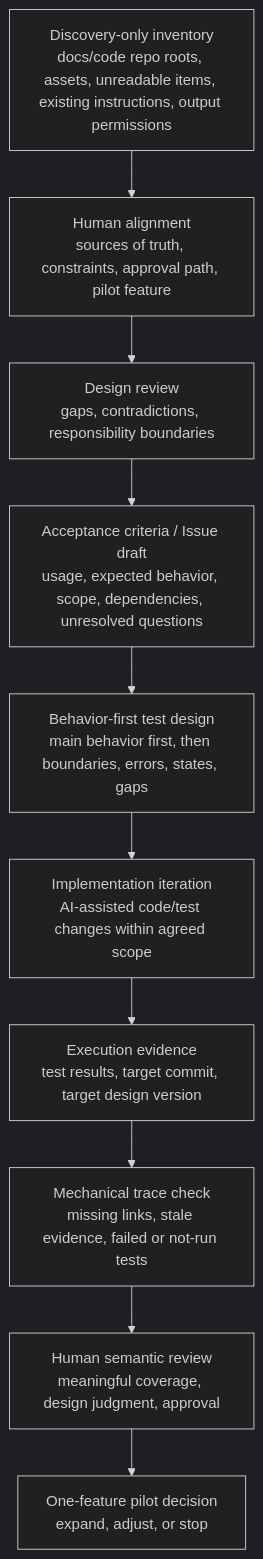
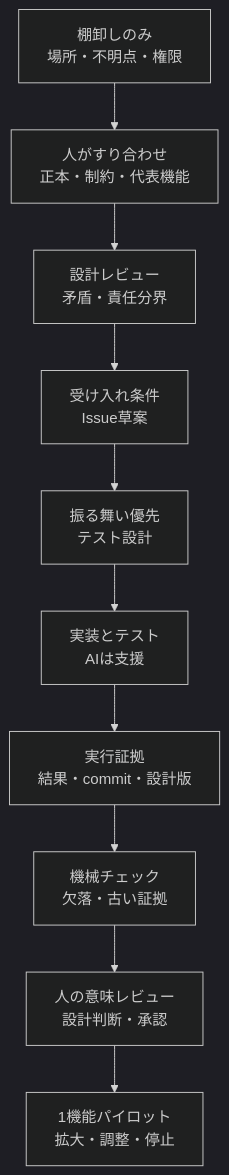
Before and after one commit to secidoire/ai-development-quality-kit: the first of 2 diagrams in README.md, drawn with Mermaid (dark theme). The commit also changed other lines of this file and 1 other file, not shown here.

Commit message:
Improve README diagram readability

````diff
--- a/README.md
+++ b/README.md
@@ -31,12 +31,12 @@
 ```mermaid
 flowchart TD
-  A["Discovery-only inventory<br/>docs/code repo roots, assets, unreadable items, existing instructions, output permissions"] --> B["Human alignment<br/>sources of truth, constraints, approval path, pilot feature"]
-  B --> C["Design review<br/>gaps, contradictions, responsibility boundaries"]
-  C --> D["Acceptance criteria / Issue draft<br/>usage, expected behavior, scope, dependencies, unresolved questions"]
-  D --> E["Behavior-first test design<br/>main behavior first, then boundaries, errors, states, gaps"]
-  E --> F["Implementation iteration<br/>AI-assisted code/test changes within agreed scope"]
-  F --> G["Execution evidence<br/>test results, target commit, target design version"]
-  G --> H["Mechanical trace check<br/>missing links, stale evidence, failed or not-run tests"]
-  H --> I["Human semantic review<br/>meaningful coverage, design judgment, approval"]
-  I --> J["One-feature pilot decision<br/>expand, adjust, or stop"]
+  A["棚卸しのみ<br/>場所・不明点・権限"] --> B["人がすり合わせ<br/>正本・制約・代表機能"]
+  B --> C["設計レビュー<br/>矛盾・責任分界"]
+  C --> D["受け入れ条件<br/>Issue草案"]
+  D --> E["振る舞い優先<br/>テスト設計"]
+  E --> F["実装とテスト<br/>AIは支援"]
+  F --> G["実行証拠<br/>結果・commit・設計版"]
+  G --> H["機械チェック<br/>欠落・古い証拠"]
+  H --> I["人の意味レビュー<br/>設計判断・承認"]
+  I --> J["1機能パイロット<br/>拡大・調整・停止"]
 ```
````
